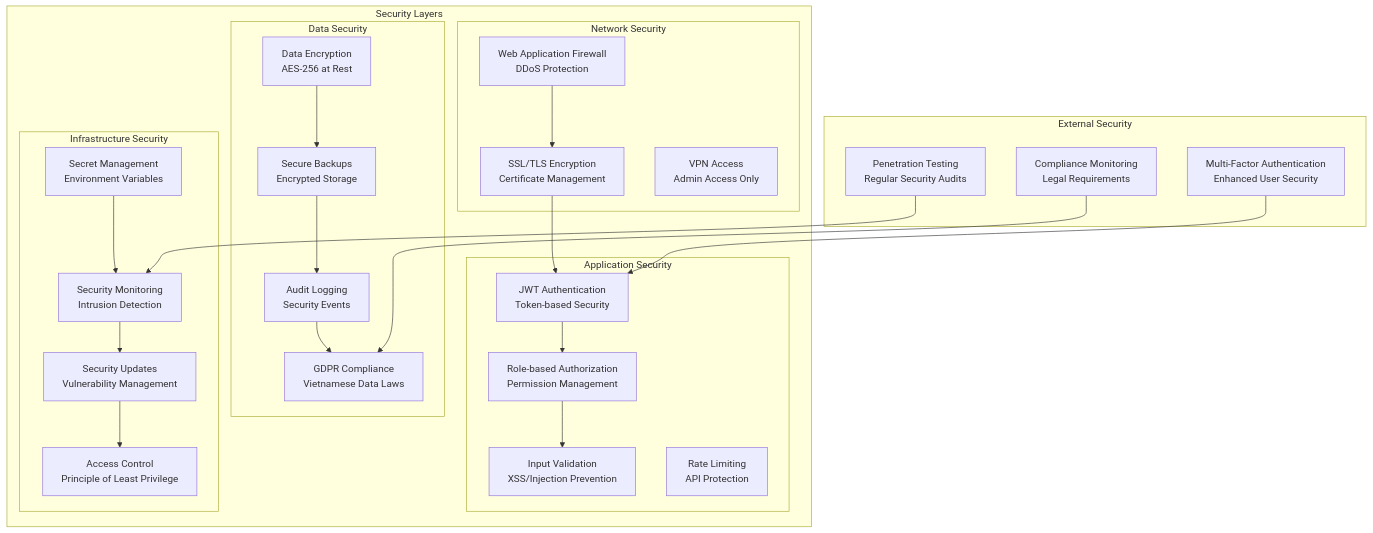
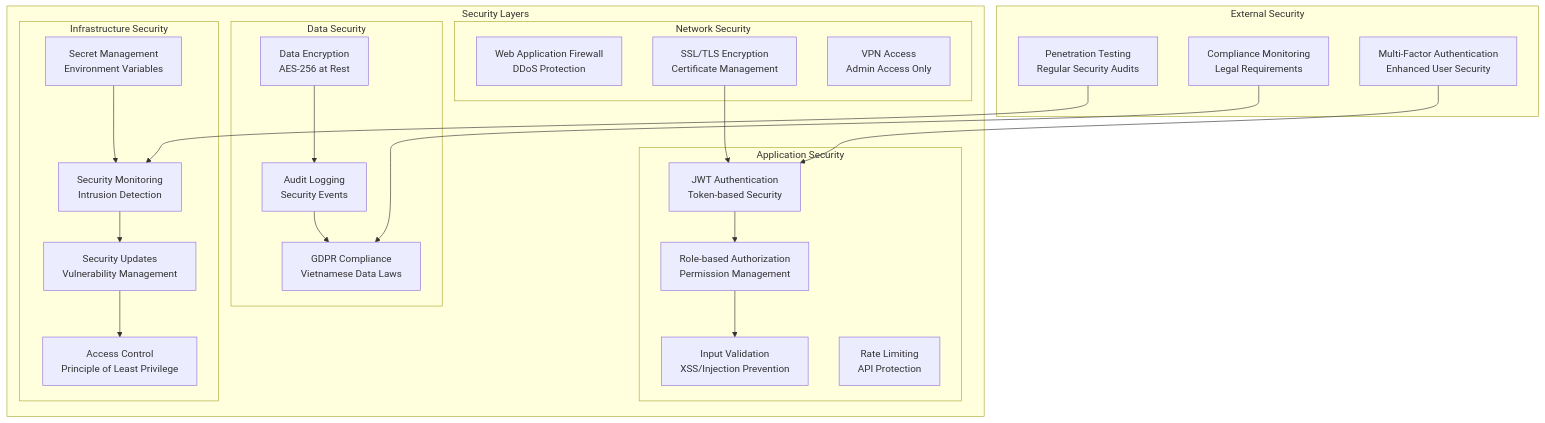
Before and after one commit to LePhuongPhuong/F1-Hackathon-CopilotTeam: the ninth of 15 diagrams in vietnamese_legal_chatbot/docs/system-architecture.md, drawn with Mermaid. The commit also changed other lines of this file and 15 other files, not shown here.

````diff
--- a/vietnamese_legal_chatbot/docs/system-architecture.md
+++ b/vietnamese_legal_chatbot/docs/system-architecture.md
@@ -606,54 +379,51 @@
 ```mermaid
 graph TB
     subgraph "Security Layers"
         subgraph "Network Security"
             WAF[Web Application Firewall<br/>DDoS Protection]
             SSL[SSL/TLS Encryption<br/>Certificate Management]
             VPN[VPN Access<br/>Admin Access Only]
         end
         
         subgraph "Application Security"
             AUTH[JWT Authentication<br/>Token-based Security]
             AUTHZ[Role-based Authorization<br/>Permission Management]
             VALID[Input Validation<br/>XSS/Injection Prevention]
             RATE[Rate Limiting<br/>API Protection]
         end
         
         subgraph "Data Security"
             ENCRYPT[Data Encryption<br/>AES-256 at Rest]
-            BACKUP[Secure Backups<br/>Encrypted Storage]
             AUDIT[Audit Logging<br/>Security Events]
             GDPR[GDPR Compliance<br/>Vietnamese Data Laws]
         end
         
         subgraph "Infrastructure Security"
             SECRETS[Secret Management<br/>Environment Variables]
             MONITOR[Security Monitoring<br/>Intrusion Detection]
             UPDATE[Security Updates<br/>Vulnerability Management]
             ACCESS[Access Control<br/>Principle of Least Privilege]
         end
     end
     
     subgraph "External Security"
         MFA[Multi-Factor Authentication<br/>Enhanced User Security]
         PENTEST[Penetration Testing<br/>Regular Security Audits]
         COMPLIANCE[Compliance Monitoring<br/>Legal Requirements]
     end
     
-    WAF --> SSL
     SSL --> AUTH
     AUTH --> AUTHZ
     AUTHZ --> VALID
     
-    ENCRYPT --> BACKUP
-    BACKUP --> AUDIT
+    ENCRYPT --> AUDIT
     AUDIT --> GDPR
     
     SECRETS --> MONITOR
     MONITOR --> UPDATE
     UPDATE --> ACCESS
     
     MFA --> AUTH
     PENTEST --> MONITOR
     COMPLIANCE --> GDPR
 ```
````
